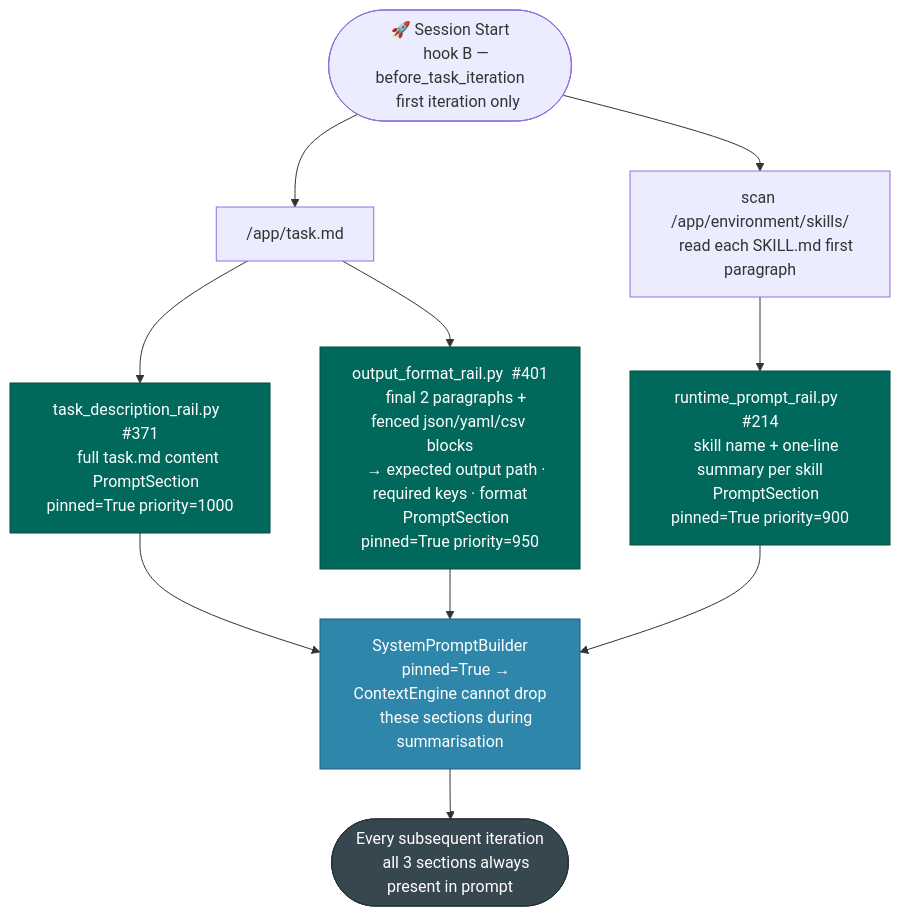
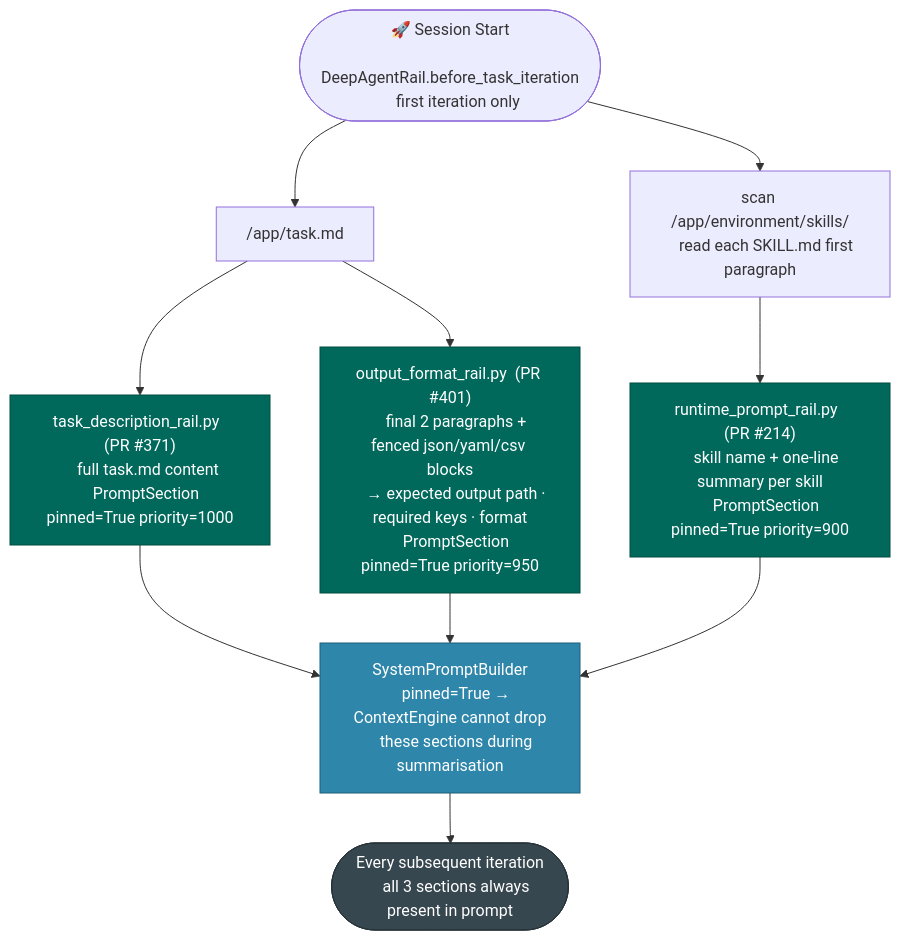
Before and after one commit to michaelatamuk/openjiuwen-jiuwenswarm: the third of 8 diagrams in docs-michael/Implementation.Overview.md, drawn with Mermaid. The commit also changed other lines of this file, not shown here.

````diff
--- a/docs-michael/Implementation.Overview.md
+++ b/docs-michael/Implementation.Overview.md
@@ -453,35 +453,35 @@
 ```mermaid
 flowchart TD
     classDef init fill:#00695C,color:#fff,stroke:#004D40
     classDef pin  fill:#2E86AB,color:#fff,stroke:#1a5f7a
     classDef eng  fill:#37474F,color:#fff,stroke:#263238
 
     INIT(["🚀 Session Start
-    hook B — before_task_iteration
+    DeepAgentRail.before_task_iteration
     first iteration only"])
 
     INIT --> READ["/app/task.md"]
 
-    READ --> TDR["task_description_rail.py  #371
+    READ --> TDR["task_description_rail.py  (PR #371)
     full task.md content
     PromptSection pinned=True priority=1000"]:::init
 
-    READ --> OFR["output_format_rail.py  #401
+    READ --> OFR["output_format_rail.py  (PR #401)
     final 2 paragraphs + fenced json/yaml/csv blocks
     → expected output path · required keys · format
     PromptSection pinned=True priority=950"]:::init
 
     INIT --> SCAN["scan /app/environment/skills/
     read each SKILL.md first paragraph"]
 
-    SCAN --> ESD["runtime_prompt_rail.py  #214
+    SCAN --> ESD["runtime_prompt_rail.py  (PR #214)
     skill name + one-line summary per skill
     PromptSection pinned=True priority=900"]:::init
 
     TDR & OFR & ESD --> SPB["SystemPromptBuilder
     pinned=True → ContextEngine cannot drop
     these sections during summarisation"]:::pin
 
     SPB --> ALL(["Every subsequent iteration
     all 3 sections always present in prompt"]):::eng
 ```
````
